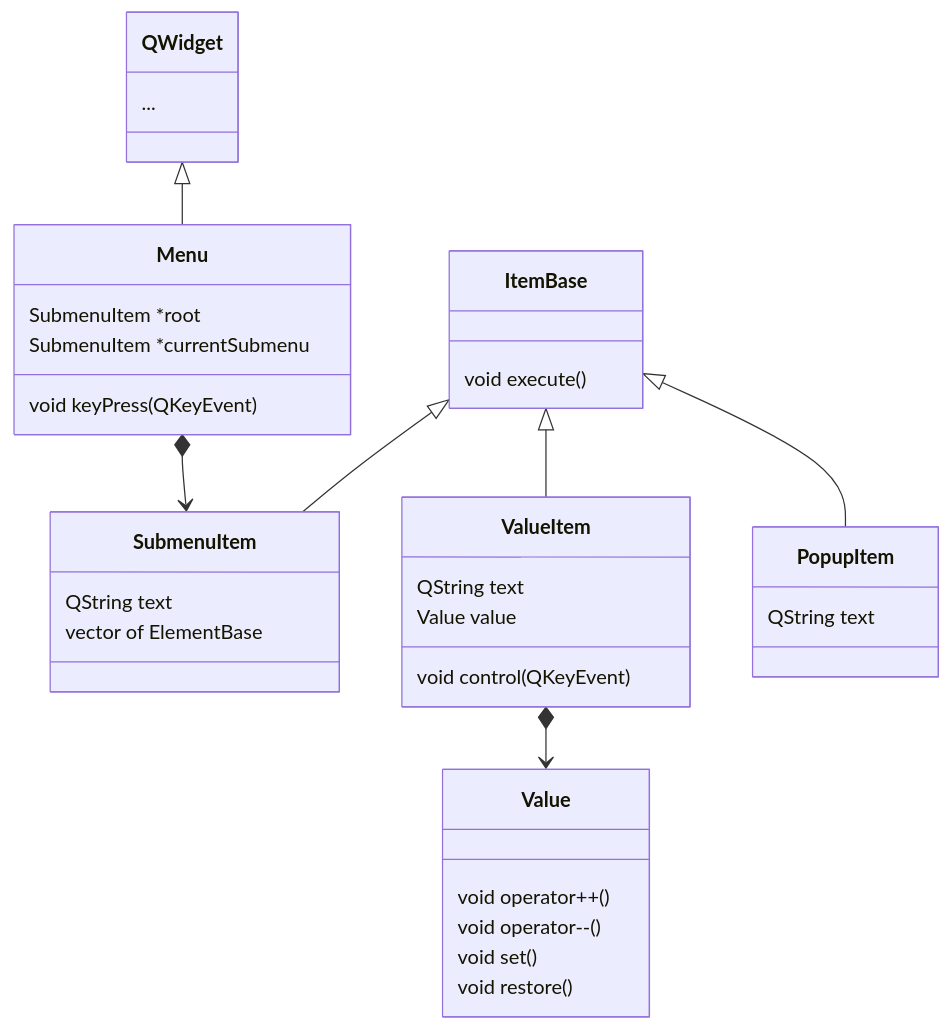
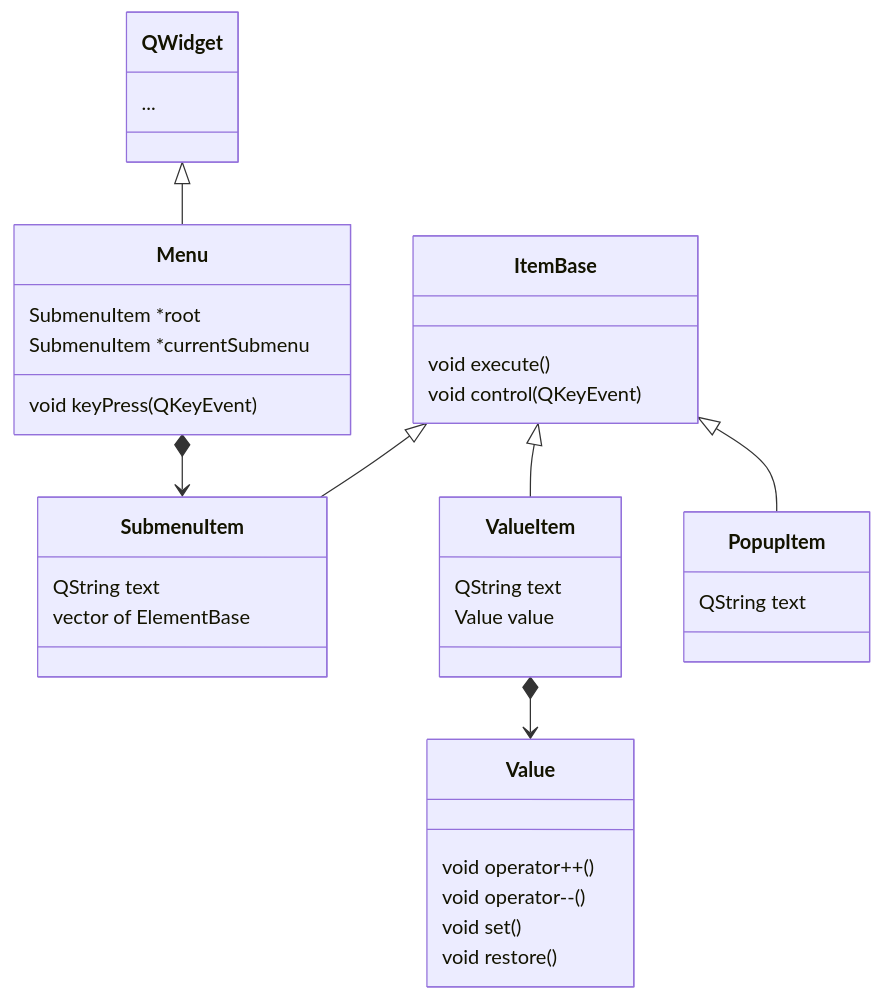
The second of 4 diagrams in notes.md (vesmil/Seimar-project), drawn with Mermaid before and after one commit. The commit also changed other lines of this file and 8 other files, not shown here.

````diff
--- a/notes.md
+++ b/notes.md
@@ -123,51 +123,50 @@
 ```mermaid
 classDiagram
 	class QWidget {
 	 ...
 	}
 	
 	class Menu {
 		SubmenuItem *root
 		SubmenuItem *currentSubmenu
 		
 		void keyPress(QKeyEvent)
 	}
 	
 	class ItemBase {
 		void execute()
+        void control(QKeyEvent)
 	}
 	
     class SubmenuItem{
     	QString text	
 		vector of ElementBase
 	}
 	
 	class PopupItem{
 		QString text	
 	}
 	
 	class ValueItem{
 		QString text
-		Value value
-		
-		void control(QKeyEvent)
+		Value value		
 	}
 	
 	class Value {
 		void operator++()
 		void operator--()
 		void set()
 		void restore()
 	}
 	
 	QWidget <|-- Menu
 
     ItemBase <|-- SubmenuItem
     ItemBase <|-- ValueItem
     ItemBase <|-- PopupItem
 
 	Menu *--> SubmenuItem
 		
 	ValueItem *--> Value
 
 ```
````
